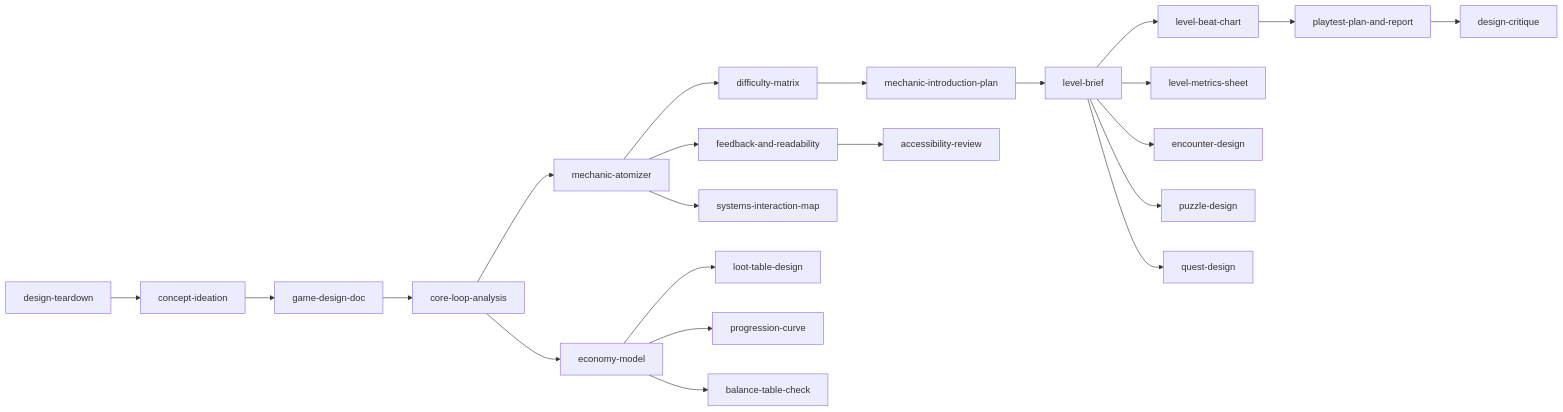
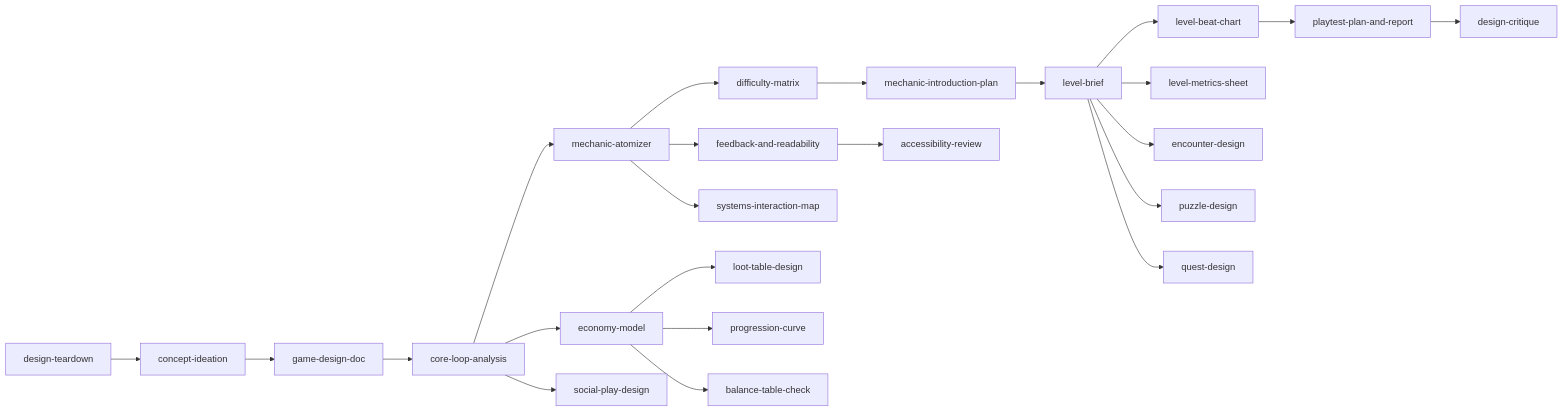
Before and after one commit to Youtouch/Game-Design-Skills: the diagram in README.md, drawn with Mermaid. The commit also changed other lines of this file and 3 other files, not shown here.

First line of the commit message:
Add social-play-design skill with a co-op worked example

````diff
--- a/README.md
+++ b/README.md
@@ -64,23 +65,24 @@
 ```mermaid
 graph LR
   idea[concept-ideation] --> gdd[game-design-doc]
   teardown[design-teardown] --> idea
   gdd --> loop[core-loop-analysis]
   loop --> atom[mechanic-atomizer]
   atom --> matrix[difficulty-matrix] --> intro[mechanic-introduction-plan]
   atom --> feedback[feedback-and-readability]
   loop --> econ[economy-model]
   econ --> loot[loot-table-design]
   econ --> prog[progression-curve]
   econ --> balance[balance-table-check]
   intro --> brief[level-brief]
   brief --> beats[level-beat-chart]
   brief --> metrics[level-metrics-sheet]
   brief --> enc[encounter-design]
   brief --> puzzle[puzzle-design]
   brief --> quest[quest-design]
   atom --> systems[systems-interaction-map]
   feedback --> access[accessibility-review]
+  loop --> social[social-play-design]
   beats --> test[playtest-plan-and-report]
   test --> critique[design-critique]
 ```
````
